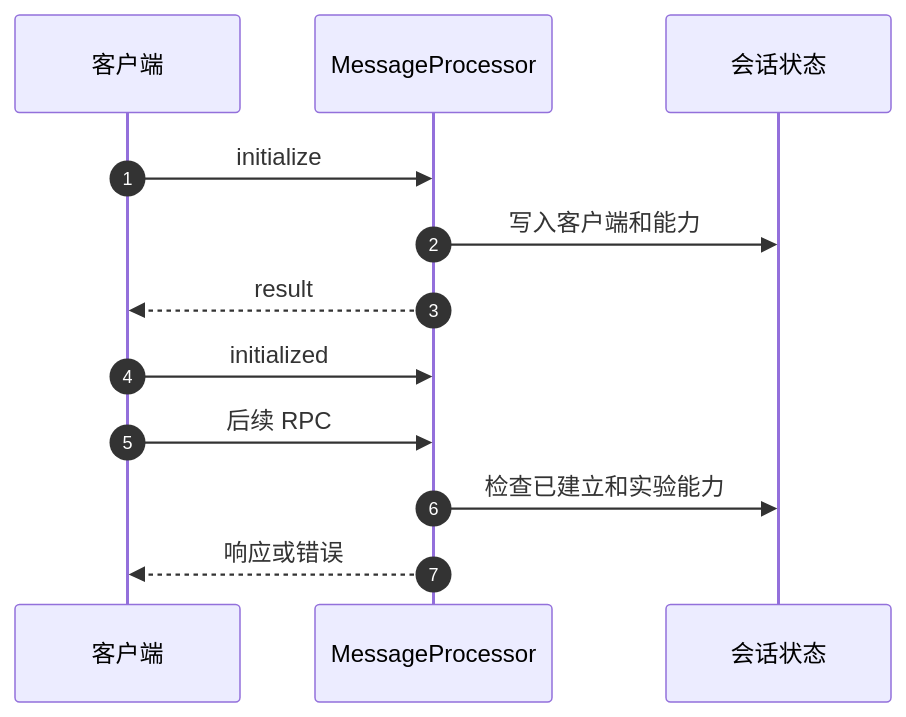
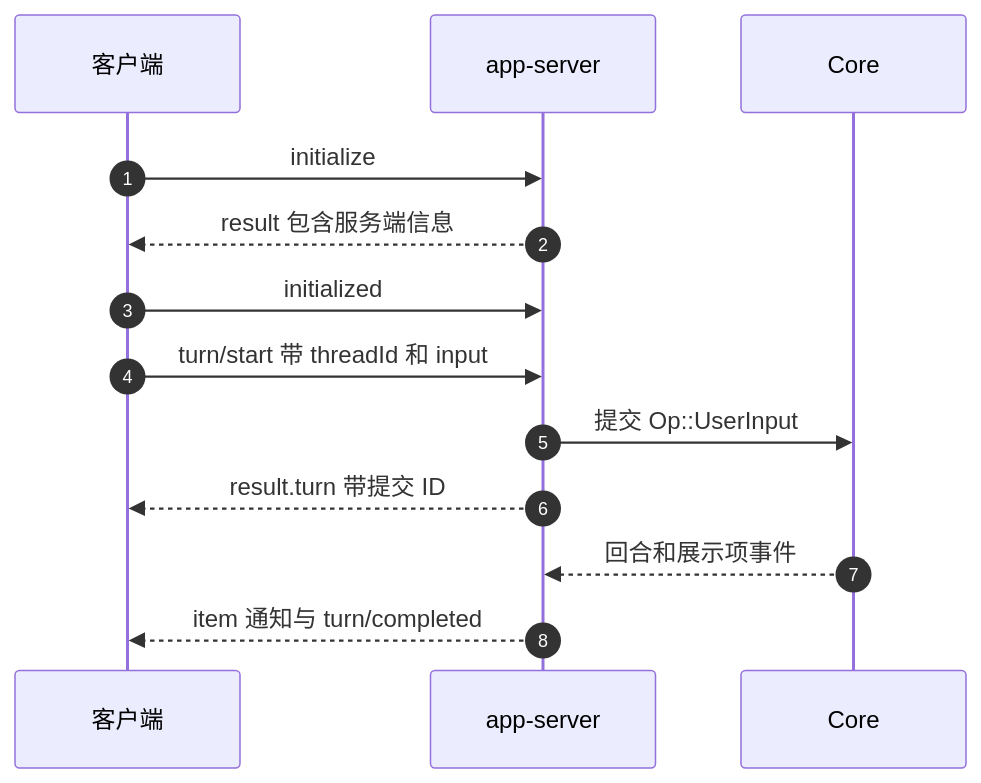
Before and after one commit to GLBB/codex: the diagram in wiki/protocols/app-server-wire.md, drawn with Mermaid. The commit also changed other lines of this file and 28 other files, not shown here.

````diff
--- a/wiki/protocols/app-server-wire.md
+++ b/wiki/protocols/app-server-wire.md
@@ -21,14 +162,15 @@
 ```mermaid
 sequenceDiagram
     autonumber
     participant U as 客户端
-    participant P as MessageProcessor
-    participant S as 会话状态
-    U->>P: initialize
-    P->>S: 写入客户端和能力
-    P-->>U: result
-    U->>P: initialized
-    U->>P: 后续 RPC
-    P->>S: 检查已建立和实验能力
-    P-->>U: 响应或错误
+    participant A as app-server
+    participant C as Core
+    U->>A: initialize
+    A-->>U: result 包含服务端信息
+    U->>A: initialized
+    U->>A: turn/start 带 threadId 和 input
+    A->>C: 提交 Op::UserInput
+    A-->>U: result.turn 带提交 ID
+    C-->>A: 回合和展示项事件
+    A-->>U: item 通知与 turn/completed
 ```
````
